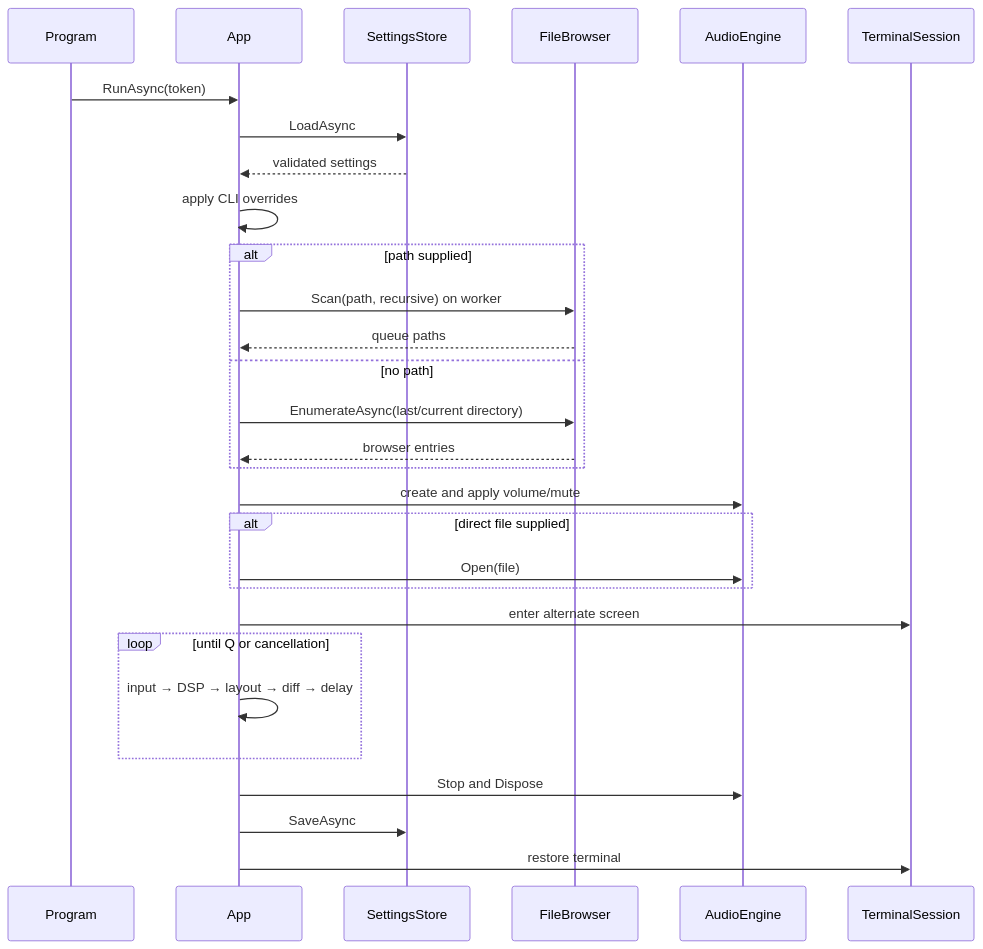
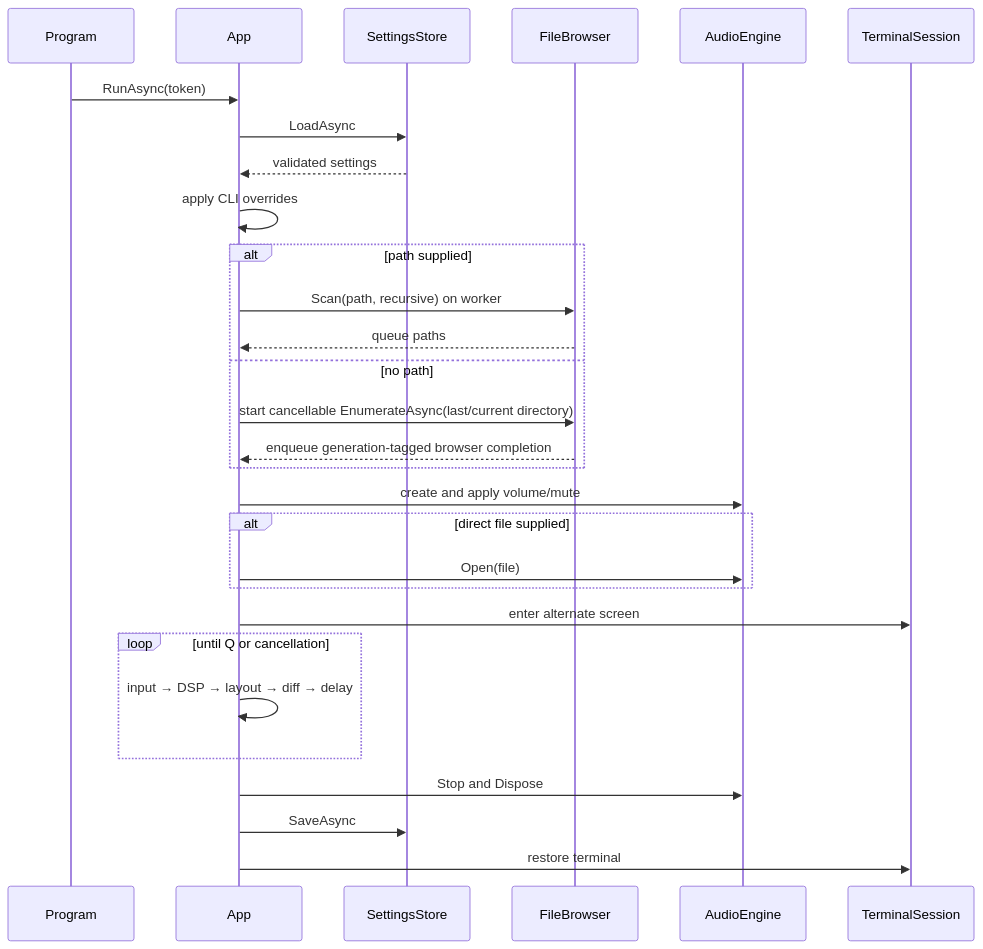
Before and after one commit to Geckon01/YACPlayer: the second of 3 diagrams in docs/ARCHITECTURE.md, drawn with Mermaid. The commit also changed other lines of this file and 11 other files, not shown here.

````diff
--- a/docs/ARCHITECTURE.md
+++ b/docs/ARCHITECTURE.md
@@ -96,31 +96,31 @@
 ```mermaid
 sequenceDiagram
     participant P as Program
     participant A as App
     participant S as SettingsStore
     participant B as FileBrowser
     participant E as AudioEngine
     participant T as TerminalSession
     P->>A: RunAsync(token)
     A->>S: LoadAsync
     S-->>A: validated settings
     A->>A: apply CLI overrides
     alt path supplied
         A->>B: Scan(path, recursive) on worker
         B-->>A: queue paths
     else no path
-        A->>B: EnumerateAsync(last/current directory)
-        B-->>A: browser entries
+        A->>B: start cancellable EnumerateAsync(last/current directory)
+        B-->>A: enqueue generation-tagged browser completion
     end
     A->>E: create and apply volume/mute
     alt direct file supplied
         A->>E: Open(file)
     end
     A->>T: enter alternate screen
     loop until Q or cancellation
         A->>A: input → DSP → layout → diff → delay
     end
     A->>E: Stop and Dispose
     A->>S: SaveAsync
     A->>T: restore terminal
 ```
````
